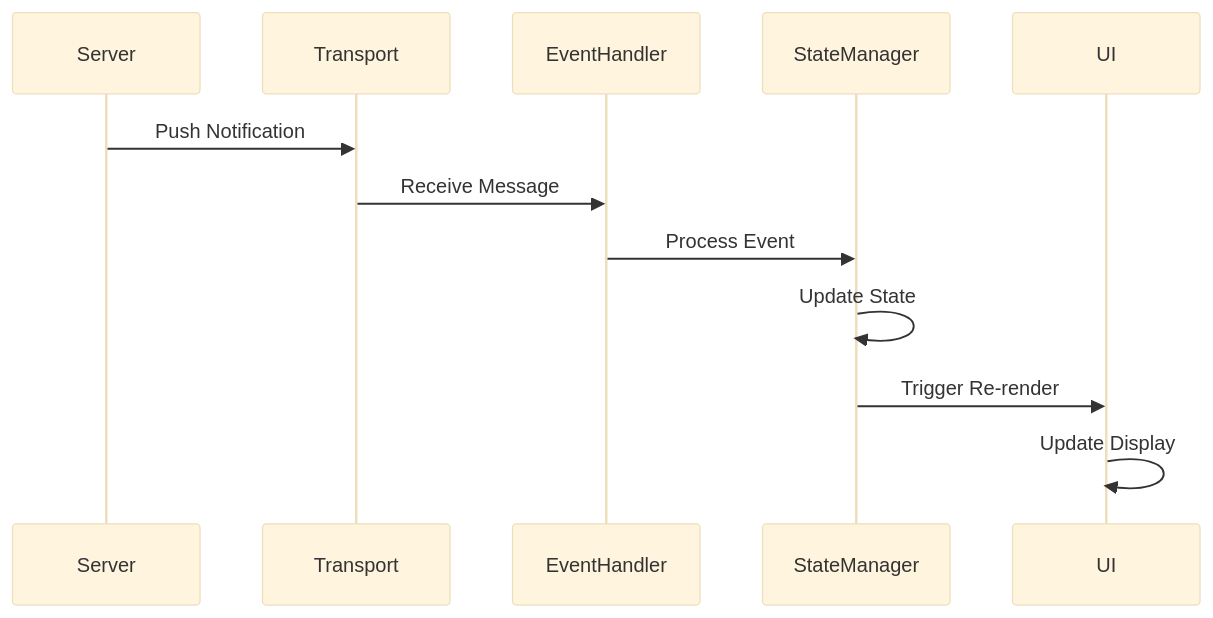
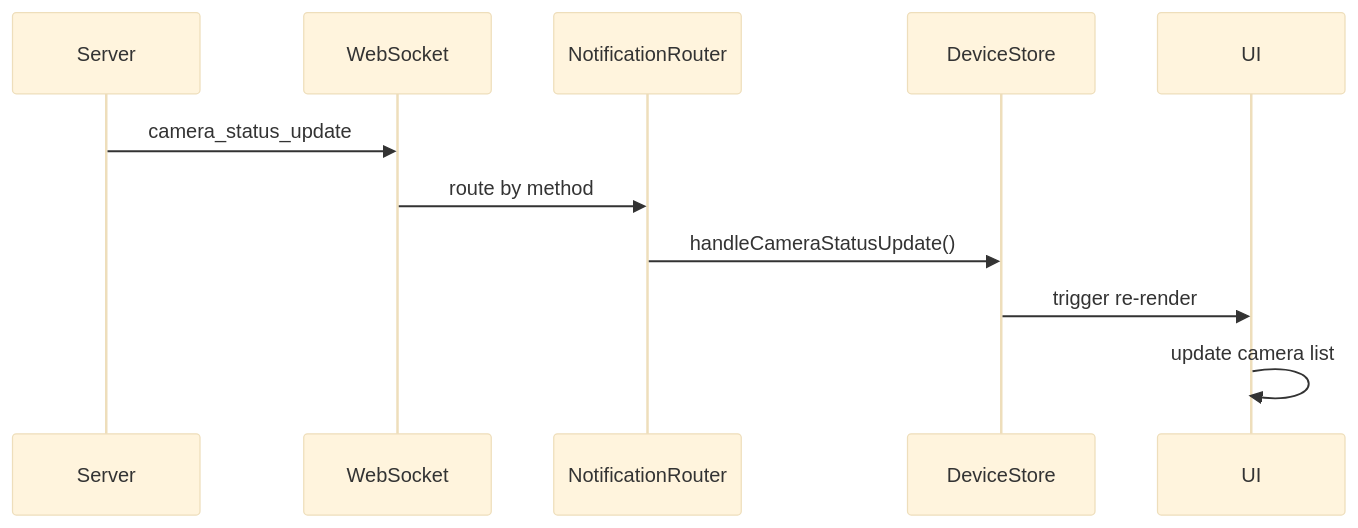
The eighth of 11 diagrams in MediaMTX-Camera-Service-Client/client/docs/architecture/client-architechture.md (CarlosSprekelsen/CameraRecorder), drawn with Mermaid (base theme) before and after one commit. The commit also changed other lines of this file and 20 other files, not shown here.

Commit message:
realtime notification handler imlementations

````diff
--- a/MediaMTX-Camera-Service-Client/client/docs/architecture/client-architechture.md
+++ b/MediaMTX-Camera-Service-Client/client/docs/architecture/client-architechture.md
@@ -437,15 +487,14 @@
 ```mermaid
 sequenceDiagram
     participant Server
-    participant Transport
-    participant EventHandler
-    participant StateManager
+    participant WebSocket
+    participant NotificationRouter
+    participant DeviceStore
     participant UI
     
-    Server->>Transport: Push Notification
-    Transport->>EventHandler: Receive Message
-    EventHandler->>StateManager: Process Event
-    StateManager->>StateManager: Update State
-    StateManager->>UI: Trigger Re-render
-    UI->>UI: Update Display
+    Server->>WebSocket: camera_status_update
+    WebSocket->>NotificationRouter: route by method
+    NotificationRouter->>DeviceStore: handleCameraStatusUpdate()
+    DeviceStore->>UI: trigger re-render
+    UI->>UI: update camera list
 ```
````
